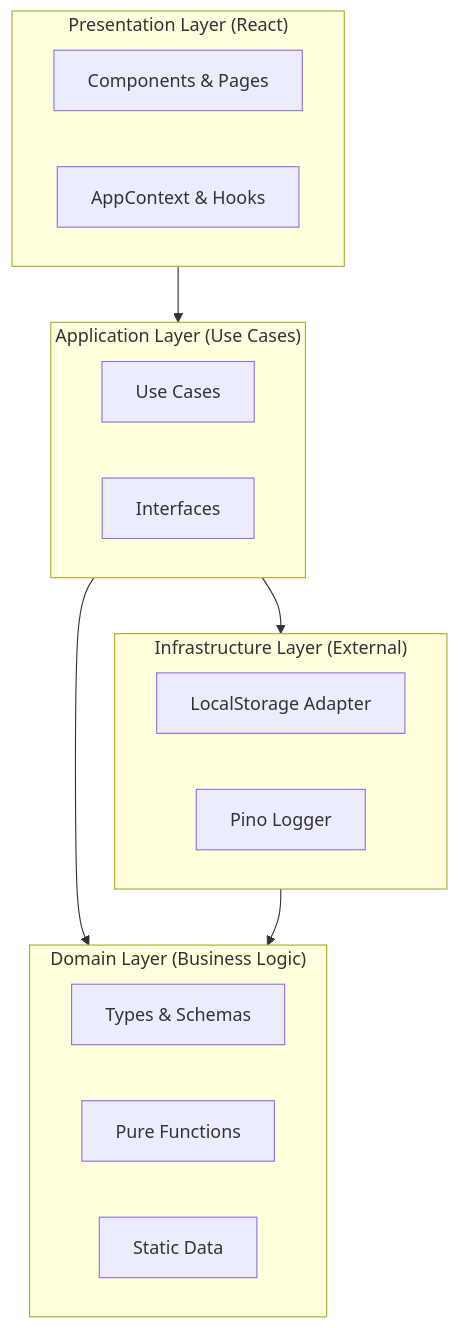
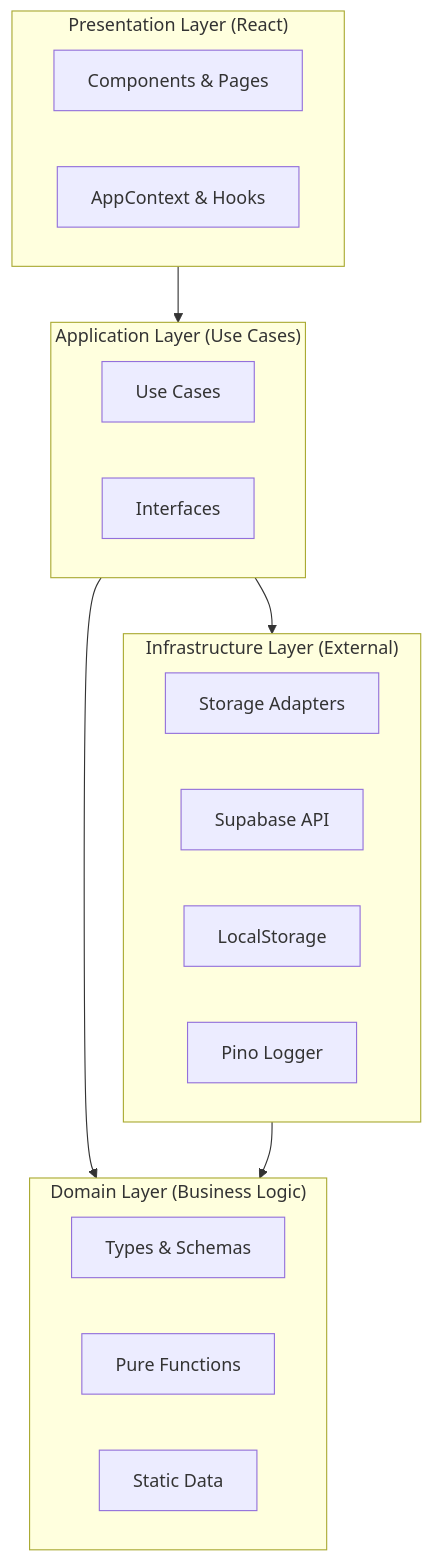
Before and after one commit to scuba3198/pte-class-coverage: the diagram in README.md, drawn with Mermaid. The commit also changed other lines of this file and 134 other files, not shown here.

````diff
--- a/README.md
+++ b/README.md
@@ -9,28 +9,30 @@
 ```mermaid
 graph TD
     subgraph Presentation["Presentation Layer (React)"]
         UI[Components & Pages]
         Context[AppContext & Hooks]
     end
 
     subgraph Application["Application Layer (Use Cases)"]
         UC[Use Cases]
         Ports[Interfaces]
     end
 
     subgraph Domain["Domain Layer (Business Logic)"]
         Models[Types & Schemas]
         Logic[Pure Functions]
         Data[Static Data]
     end
 
     subgraph Infrastructure["Infrastructure Layer (External)"]
-        Store[LocalStorage Adapter]
+        Adapter[Storage Adapters]
+        Supabase[Supabase API]
+        Local[LocalStorage]
         Log[Pino Logger]
     end
 
     Presentation --> Application
     Application --> Domain
     Application --> Infrastructure
     Infrastructure --> Domain
 ```
````
